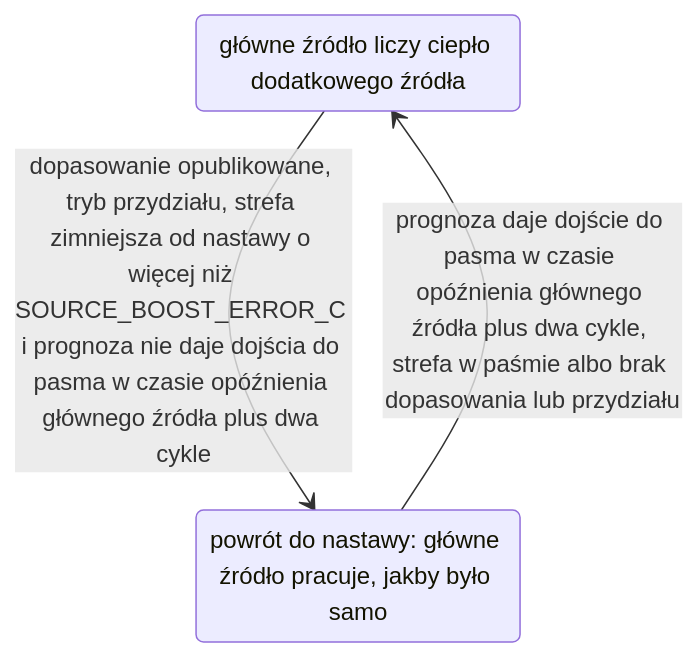
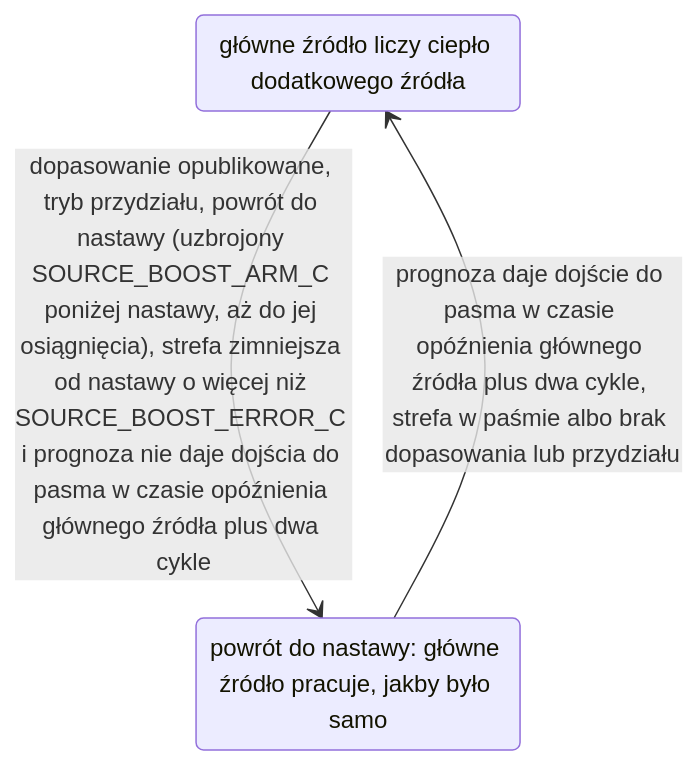
Before and after one commit to Shadow-230/vtherm_smartpi: the eighth of 11 diagrams in documentation/pl/zone_dependencies.md, drawn with Mermaid. The commit also changed other lines of this file and 9 other files, not shown here.

````diff
--- a/documentation/pl/zone_dependencies.md
+++ b/documentation/pl/zone_dependencies.md
@@ -917,7 +921,7 @@
 ```mermaid
 stateDiagram-v2
     state "główne źródło liczy ciepło dodatkowego źródła" as Counted
     state "powrót do nastawy: główne źródło pracuje, jakby było samo" as Boost
-    Counted --> Boost: dopasowanie opublikowane, tryb przydziału, strefa zimniejsza od nastawy o więcej niż SOURCE_BOOST_ERROR_C i prognoza nie daje dojścia do pasma w czasie opóźnienia głównego źródła plus dwa cykle
+    Counted --> Boost: dopasowanie opublikowane, tryb przydziału, powrót do nastawy (uzbrojony SOURCE_BOOST_ARM_C poniżej nastawy, aż do jej osiągnięcia), strefa zimniejsza od nastawy o więcej niż SOURCE_BOOST_ERROR_C i prognoza nie daje dojścia do pasma w czasie opóźnienia głównego źródła plus dwa cykle
     Boost --> Counted: prognoza daje dojście do pasma w czasie opóźnienia głównego źródła plus dwa cykle, strefa w paśmie albo brak dopasowania lub przydziału
 ```
````
